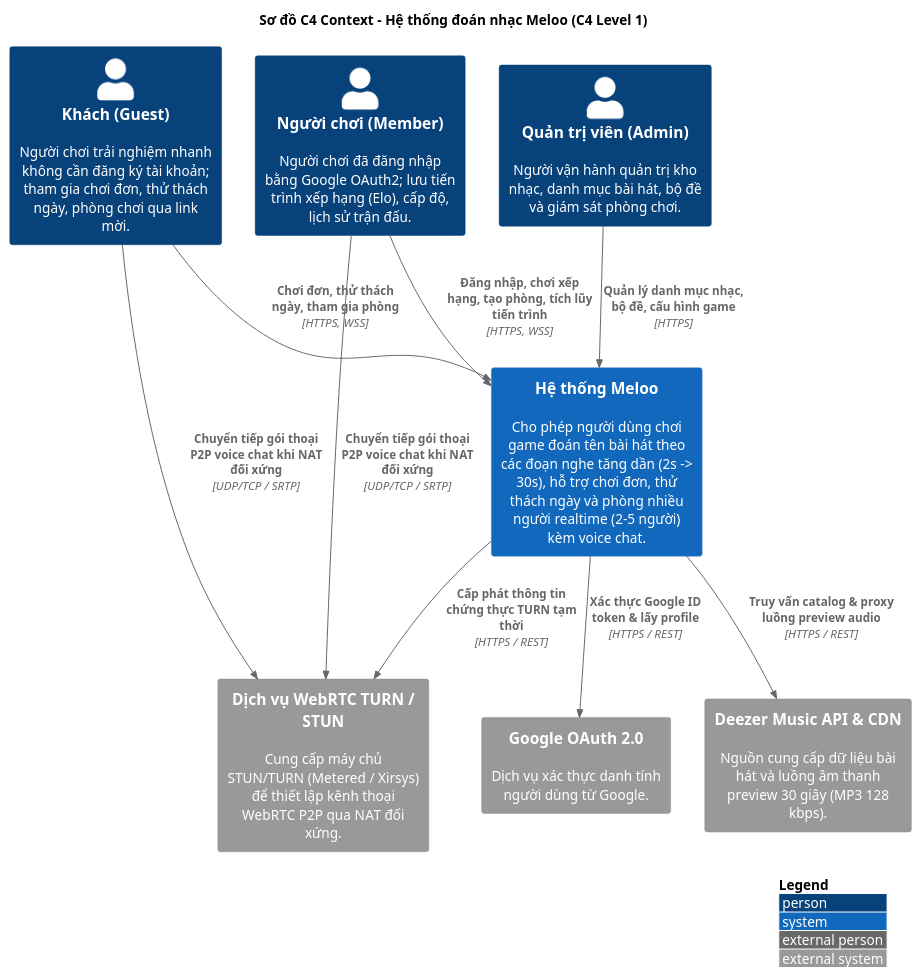
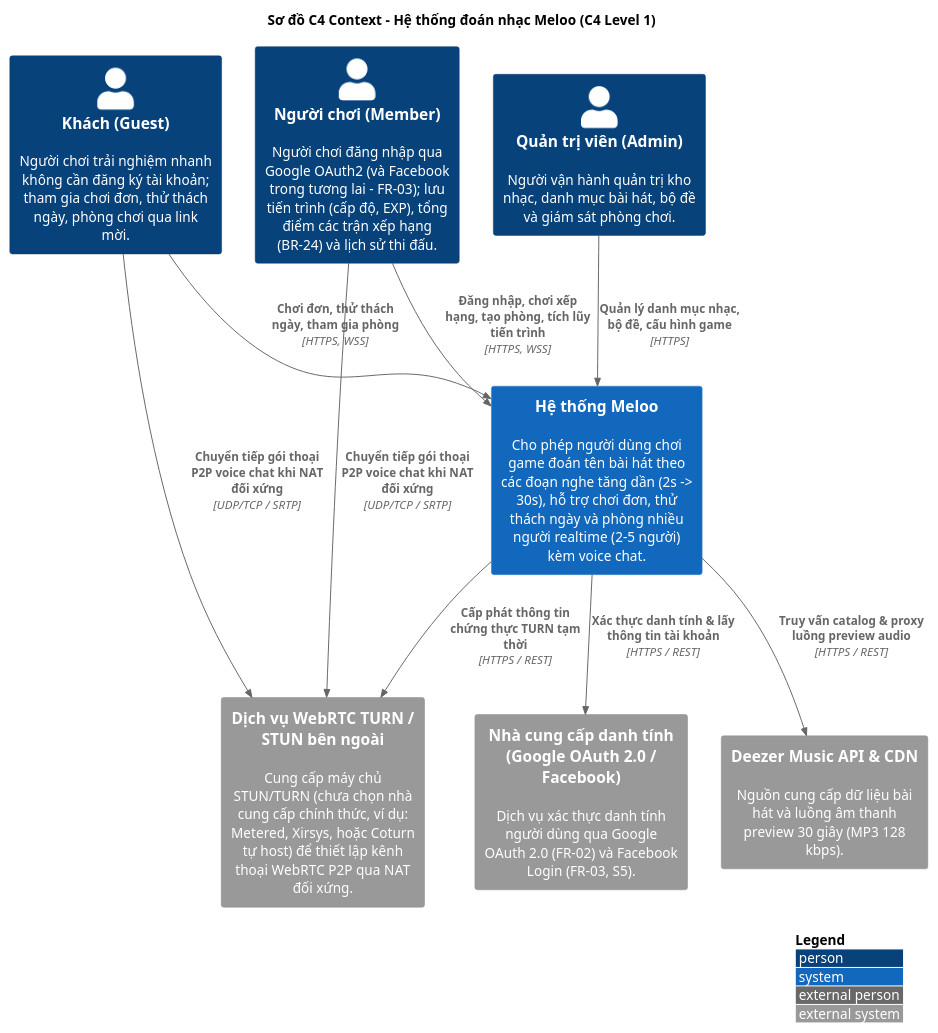
One commit to ThaiDevv/meloo changed the diagram in docs/uml/c4/c4-context.puml. Above: the diagram before and after it, drawn with PlantUML. The commit also changed 9 other files, not shown here.

Commit message:
docs(architecture): cập nhật tài liệu kiến trúc và sơ đồ theo review vòng 1

```diff
--- a/docs/uml/c4/c4-context.puml
+++ b/docs/uml/c4/c4-context.puml
@@ -1,28 +1,28 @@
 @startuml c4-context
 !include <C4/C4_Context>
 
 LAYOUT_WITH_LEGEND()
 
 title Sơ đồ C4 Context - Hệ thống đoán nhạc Meloo (C4 Level 1)
 
 Person(guest, "Khách (Guest)", "Người chơi trải nghiệm nhanh không cần đăng ký tài khoản; tham gia chơi đơn, thử thách ngày, phòng chơi qua link mời.")
-Person(user, "Người chơi (Member)", "Người chơi đã đăng nhập bằng Google OAuth2; lưu tiến trình xếp hạng (Elo), cấp độ, lịch sử trận đấu.")
+Person(user, "Người chơi (Member)", "Người chơi đăng nhập qua Google OAuth2 (và Facebook trong tương lai - FR-03); lưu tiến trình (cấp độ, EXP), tổng điểm các trận xếp hạng (BR-24) và lịch sử thi đấu.")
 Person(admin, "Quản trị viên (Admin)", "Người vận hành quản trị kho nhạc, danh mục bài hát, bộ đề và giám sát phòng chơi.")
 
 System(meloo, "Hệ thống Meloo", "Cho phép người dùng chơi game đoán tên bài hát theo các đoạn nghe tăng dần (2s -> 30s), hỗ trợ chơi đơn, thử thách ngày và phòng nhiều người realtime (2-5 người) kèm voice chat.")
 
-System_Ext(google, "Google OAuth 2.0", "Dịch vụ xác thực danh tính người dùng từ Google.")
+System_Ext(auth_providers, "Nhà cung cấp danh tính (Google OAuth 2.0 / Facebook)", "Dịch vụ xác thực danh tính người dùng qua Google OAuth 2.0 (FR-02) và Facebook Login (FR-03, S5).")
 System_Ext(deezer, "Deezer Music API & CDN", "Nguồn cung cấp dữ liệu bài hát và luồng âm thanh preview 30 giây (MP3 128 kbps).")
-System_Ext(turn, "Dịch vụ WebRTC TURN / STUN", "Cung cấp máy chủ STUN/TURN (Metered / Xirsys) để thiết lập kênh thoại WebRTC P2P qua NAT đối xứng.")
+System_Ext(turn, "Dịch vụ WebRTC TURN / STUN bên ngoài", "Cung cấp máy chủ STUN/TURN (chưa chọn nhà cung cấp chính thức, ví dụ: Metered, Xirsys, hoặc Coturn tự host) để thiết lập kênh thoại WebRTC P2P qua NAT đối xứng.")
 
 Rel(guest, meloo, "Chơi đơn, thử thách ngày, tham gia phòng", "HTTPS, WSS")
 Rel(user, meloo, "Đăng nhập, chơi xếp hạng, tạo phòng, tích lũy tiến trình", "HTTPS, WSS")
 Rel(admin, meloo, "Quản lý danh mục nhạc, bộ đề, cấu hình game", "HTTPS")
 
-Rel(meloo, google, "Xác thực Google ID token & lấy profile", "HTTPS / REST")
+Rel(meloo, auth_providers, "Xác thực danh tính & lấy thông tin tài khoản", "HTTPS / REST")
 Rel(meloo, deezer, "Truy vấn catalog & proxy luồng preview audio", "HTTPS / REST")
 Rel(meloo, turn, "Cấp phát thông tin chứng thực TURN tạm thời", "HTTPS / REST")
 Rel(user, turn, "Chuyển tiếp gói thoại P2P voice chat khi NAT đối xứng", "UDP/TCP / SRTP")
 Rel(guest, turn, "Chuyển tiếp gói thoại P2P voice chat khi NAT đối xứng", "UDP/TCP / SRTP")
 
 @enduml
```
